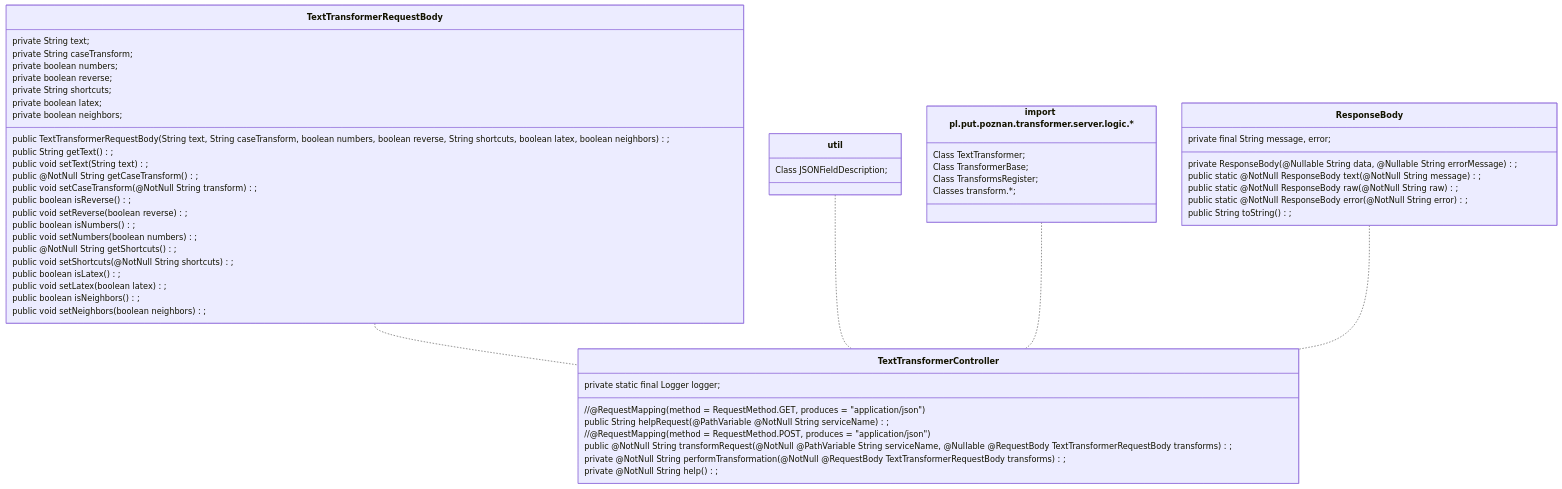
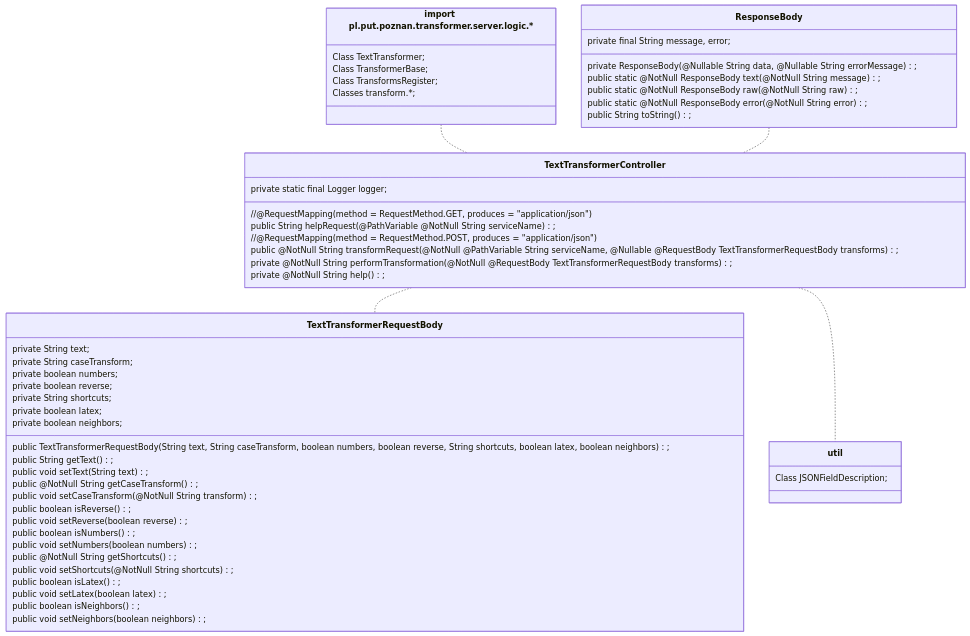
One commit to pixelsapphire/softeng changed the second of 2 diagrams in Diagramy UML.md. Above: the diagram before and after it, drawn with Mermaid.

Commit message:
Dodano kilka nowych klas.

````diff
--- a/Diagramy UML.md
+++ b/Diagramy UML.md
@@ -120,62 +120,62 @@
 ```mermaid
 classDiagram
     class ResponseBody {
         private final String message, error;
         private ResponseBody(@Nullable String data, @Nullable String errorMessage);
         public static @NotNull ResponseBody text(@NotNull String message);
         public static @NotNull ResponseBody raw(@NotNull String raw);
         public static @NotNull ResponseBody error(@NotNull String error);
         public String toString();
     }
     click ResponseBody href "https://github.com/RubyNaxela/softeng/blob/main/Server/src/main/java/pl/put/poznan/transformer/server/rest/ResponseBody.java"
     class TextTransformerController{
         private static final Logger logger;
         //@RequestMapping(method = RequestMethod.GET, produces = "application/json")
         public String helpRequest(@PathVariable @NotNull String serviceName);
         //@RequestMapping(method = RequestMethod.POST, produces = "application/json")
         public @NotNull String transformRequest(@NotNull @PathVariable String serviceName, @Nullable @RequestBody TextTransformerRequestBody transforms);
         private @NotNull String performTransformation(@NotNull @RequestBody TextTransformerRequestBody transforms);
         private @NotNull String help();
     }
     click TextTransformerController href "https://github.com/RubyNaxela/softeng/blob/main/Server/src/main/java/pl/put/poznan/transformer/server/rest/TextTransformerController.java"
     class logic["import pl.put.poznan.transformer.server.logic.*"]{
         Class TextTransformer;
         Class TransformerBase;
         Class TransformsRegister;
         Classes transform.*;
     }
     click logic href "https://github.com/RubyNaxela/softeng/blob/main/Server/src/main/java/pl/put/poznan/transformer/server/logic"
     class util{
         Class JSONFieldDescription;
     }
     click util href "https://github.com/RubyNaxela/softeng/blob/main/Server/src/main/java/pl/put/poznan/transformer/server/util/JSONFieldDescription.java"
     class TextTransformerRequestBody{
         private String text;
         private String caseTransform;
         private boolean numbers;
         private boolean reverse;
         private String shortcuts;
         private boolean latex;
         private boolean neighbors;
         public TextTransformerRequestBody(String text, String caseTransform, boolean numbers, boolean reverse, String shortcuts, boolean latex, boolean neighbors);
         public String getText();
         public void setText(String text);
         public @NotNull String getCaseTransform();
         public void setCaseTransform(@NotNull String transform);
         public boolean isReverse();
         public void setReverse(boolean reverse);
         public boolean isNumbers();
         public void setNumbers(boolean numbers);
         public @NotNull String getShortcuts();
         public void setShortcuts(@NotNull String shortcuts);
         public boolean isLatex();
         public void setLatex(boolean latex);
         public boolean isNeighbors();
         public void setNeighbors(boolean neighbors);
     }
     click TextTransformerRequestBody href "https://github.com/RubyNaxela/softeng/blob/main/Server/src/main/java/pl/put/poznan/transformer/server/rest/TextTransformerRequestBody.java"
-      TextTransformerRequestBody .. TextTransformerController
-      util .. TextTransformerController
+      TextTransformerController .. TextTransformerRequestBody
+      TextTransformerController .. util
       logic .. TextTransformerController
       ResponseBody .. TextTransformerController
 ```
````
